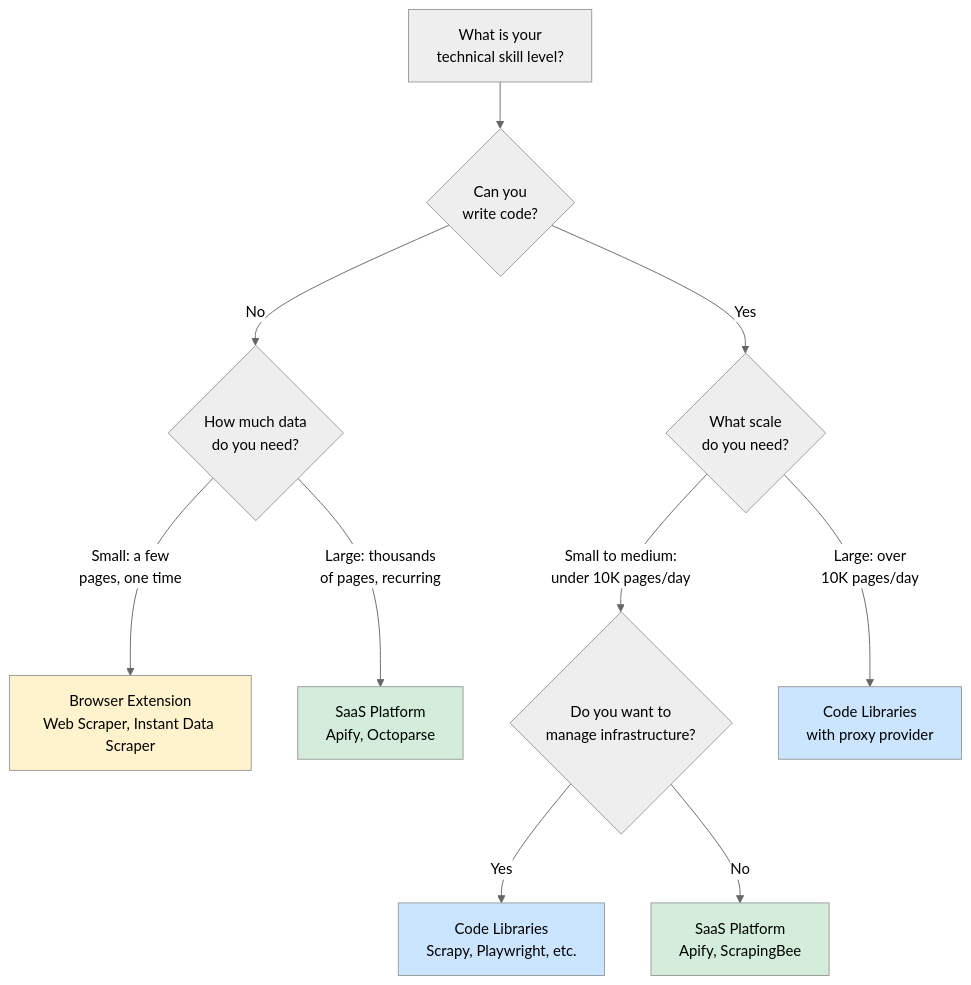
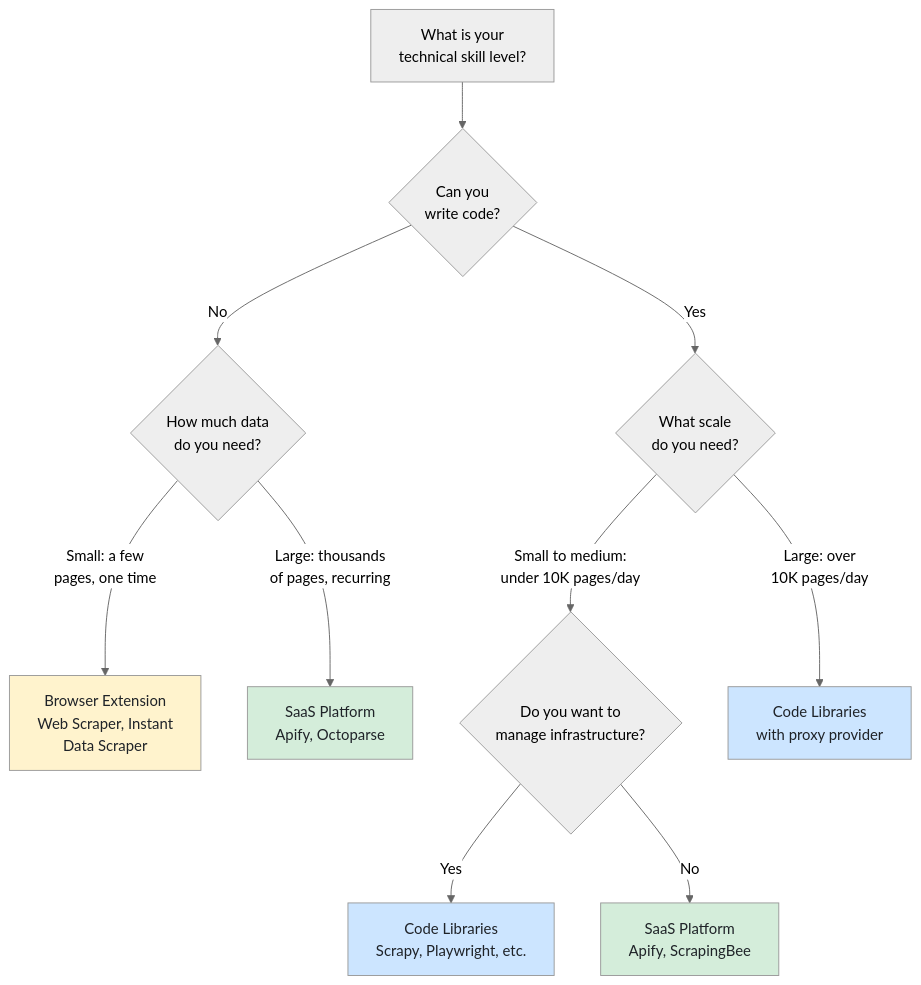
Before and after one commit to bytetunnels/bytetunnels.github.com: the third of 4 diagrams in _posts/2026-02-07-data-scraping-tools-comparison-saas-code-browser-extensions.md, drawn with Mermaid (neutral theme). The commit also changed other lines of this file and 118 other files, not shown here.

Commit message:
feat: improve diagram styling and compact wide flowcharts

````diff
--- a/_posts/2026-02-07-data-scraping-tools-comparison-saas-code-browser-extensions.md
+++ b/_posts/2026-02-07-data-scraping-tools-comparison-saas-code-browser-extensions.md
@@ -353,21 +353,21 @@
 ```mermaid
 flowchart TD
-    A["What is your<br>technical skill level?"] --> B{"Can you<br>write code?"}
+    A["What is your<br/>technical skill level?"] --> B{"Can you<br/>write code?"}
 
-    B -->|"No"| C{"How much data<br>do you need?"}
-    C -->|"Small: a few<br>pages, one time"| D["Browser Extension<br>Web Scraper, Instant Data Scraper"]
-    C -->|"Large: thousands<br>of pages, recurring"| E["SaaS Platform<br>Apify, Octoparse"]
+    B -->|"No"| C{"How much data<br/>do you need?"}
+    C -->|"Small: a few<br>pages, one time"| D["Browser Extension<br/>Web Scraper, Instant<br/>Data Scraper"]
+    C -->|"Large: thousands<br>of pages, recurring"| E["SaaS Platform<br/>Apify, Octoparse"]
 
-    B -->|"Yes"| F{"What scale<br>do you need?"}
-    F -->|"Small to medium:<br>under 10K pages/day"| G{"Do you want to<br>manage infrastructure?"}
-    G -->|"Yes"| H["Code Libraries<br>Scrapy, Playwright, etc."]
-    G -->|"No"| I["SaaS Platform<br>Apify, ScrapingBee"]
+    B -->|"Yes"| F{"What scale<br/>do you need?"}
+    F -->|"Small to medium:<br>under 10K pages/day"| G{"Do you want to<br/>manage infrastructure?"}
+    G -->|"Yes"| H["Code Libraries<br/>Scrapy, Playwright, etc."]
+    G -->|"No"| I["SaaS Platform<br/>Apify, ScrapingBee"]
 
-    F -->|"Large: over<br>10K pages/day"| J["Code Libraries<br>with proxy provider"]
+    F -->|"Large: over<br>10K pages/day"| J["Code Libraries<br/>with proxy provider"]
 
-    style D fill:#fff3cd
-    style E fill:#d4edda
-    style H fill:#cce5ff
-    style I fill:#d4edda
-    style J fill:#cce5ff
+    style D fill:#fff3cd,color:#1f2328
+    style E fill:#d4edda,color:#1f2328
+    style H fill:#cce5ff,color:#1f2328
+    style I fill:#d4edda,color:#1f2328
+    style J fill:#cce5ff,color:#1f2328
 ```
````
